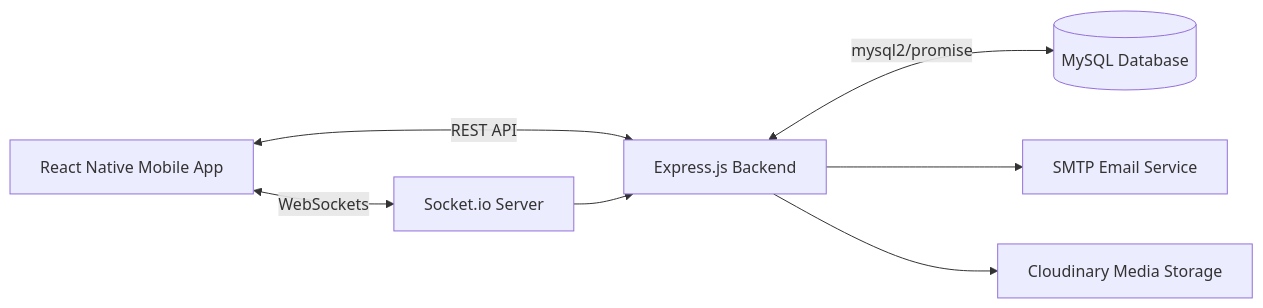
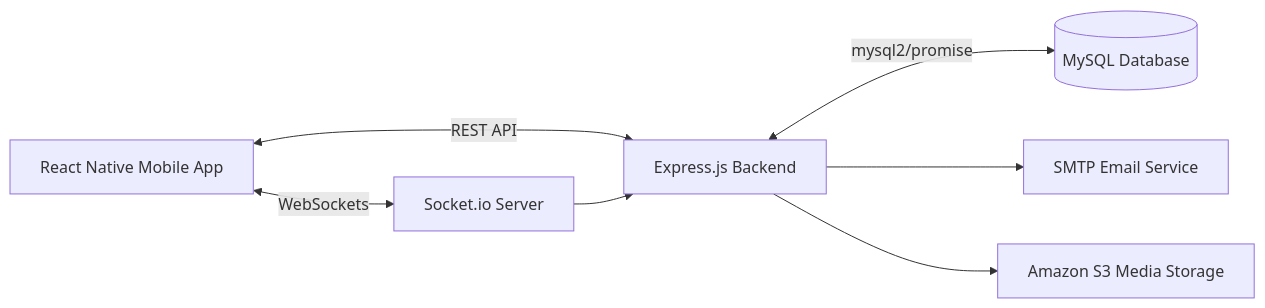
Before and after one commit to GIRICHANDAN125/RedDrop: the first of 4 diagrams in docs/ARCHITECTURE.md, drawn with Mermaid. The commit also changed 16 other files, not shown here.

````diff
--- a/docs/ARCHITECTURE.md
+++ b/docs/ARCHITECTURE.md
@@ -11,9 +11,9 @@
 ```mermaid
 flowchart LR
   Mobile[React Native Mobile App] <-->|REST API| API[Express.js Backend]
   Mobile <-->|WebSockets| Realtime[Socket.io Server]
   API <-->|mysql2/promise| DB[(MySQL Database)]
   API --> Email[SMTP Email Service]
-  API --> Cloudinary[Cloudinary Media Storage]
+    API --> S3[Amazon S3 Media Storage]
   Realtime --> API
 ```
````
